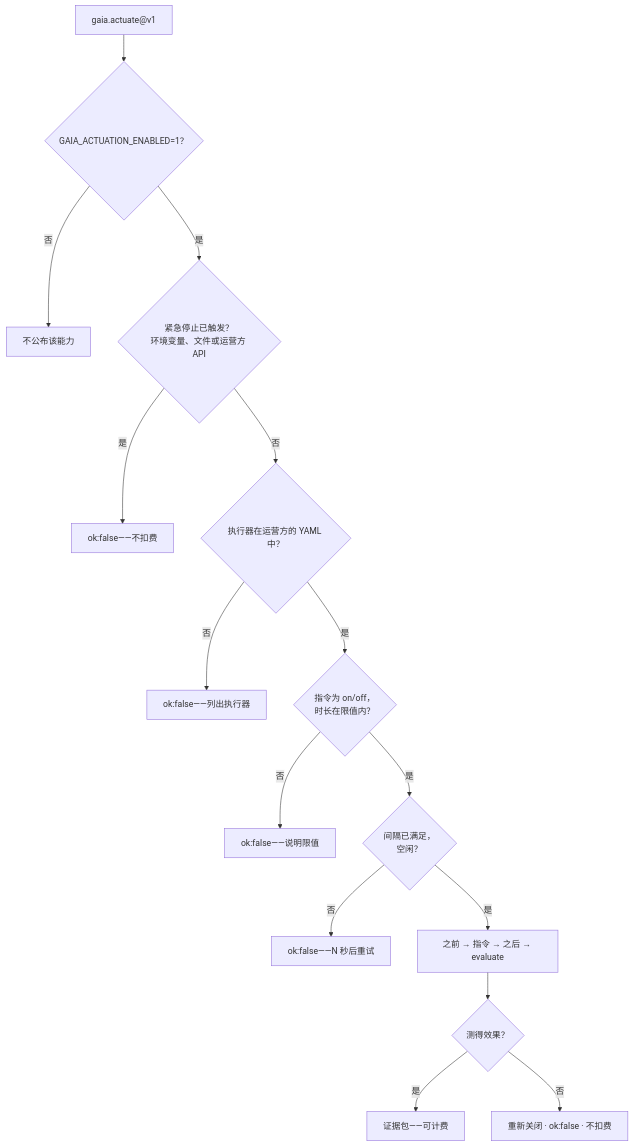
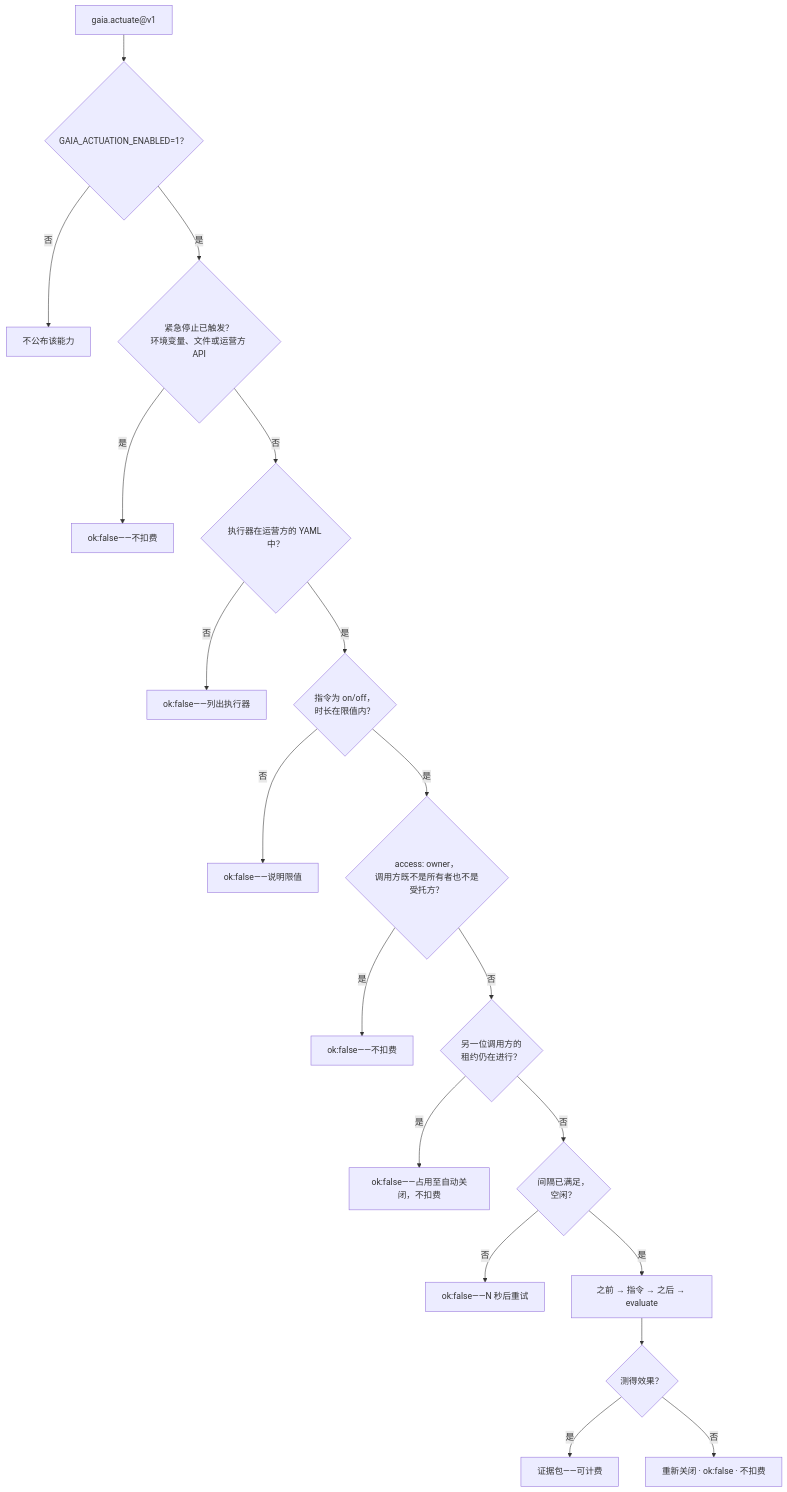
One commit to alexar76/gaia changed the fourth of 8 diagrams in docs/i18n/ACTUATION.zh.md. Above: the diagram before and after it, drawn with Mermaid. The commit also changed other lines of this file and 50 other files, not shown here.

````diff
--- a/docs/i18n/ACTUATION.zh.md
+++ b/docs/i18n/ACTUATION.zh.md
@@ -140,17 +171,21 @@
 ```mermaid
 flowchart TD
     A["gaia.actuate@v1"] --> B{GAIA_ACTUATION_ENABLED=1？}
     B -- 否 --> X1[不公布该能力]
     B -- 是 --> C{紧急停止已触发？<br/>环境变量、文件或运营方 API}
     C -- 是 --> X2[ok:false——不扣费]
     C -- 否 --> D{执行器在运营方的 YAML 中？}
     D -- 否 --> X3[ok:false——列出执行器]
     D -- 是 --> E{指令为 on/off，<br/>时长在限值内？}
     E -- 否 --> X4[ok:false——说明限值]
-    E -- 是 --> F{间隔已满足，<br/>空闲？}
+    E -- 是 --> AC{"access: owner，<br/>调用方既不是所有者也不是受托方？"}
+    AC -- 是 --> X6["ok:false——不扣费"]
+    AC -- 否 --> L{"另一位调用方的<br/>租约仍在进行？"}
+    L -- 是 --> X7["ok:false——占用至自动关闭，不扣费"]
+    L -- 否 --> F{间隔已满足，<br/>空闲？}
     F -- 否 --> X5[ok:false——N 秒后重试]
     F -- 是 --> G[之前 → 指令 → 之后 → evaluate]
     G --> H{测得效果？}
     H -- 是 --> OK[证据包——可计费]
     H -- 否 --> OFF[重新关闭 · ok:false · 不扣费]
 ```
````
